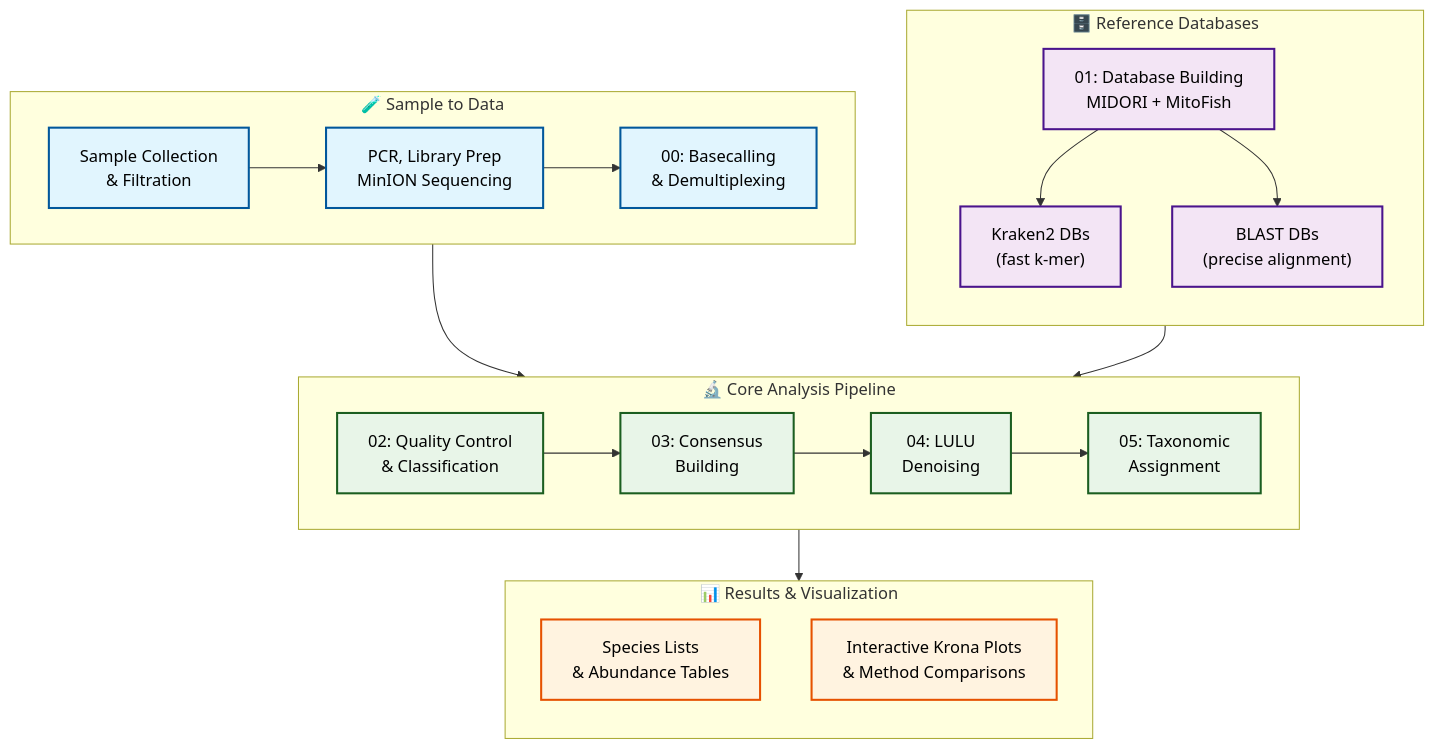
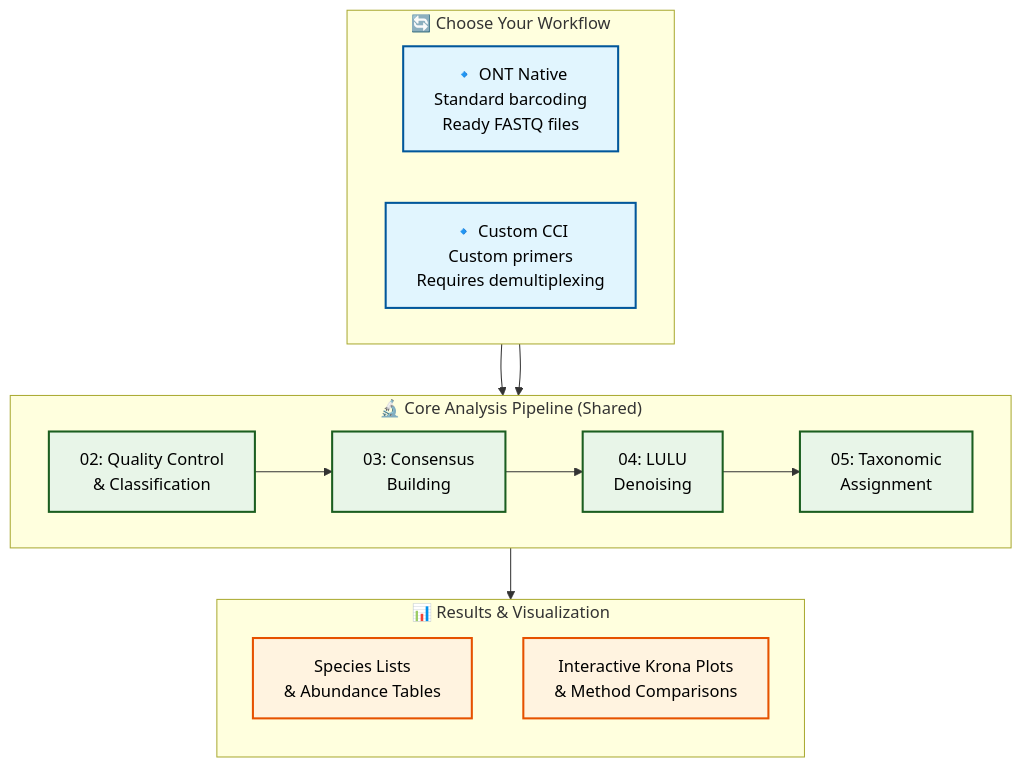
Before and after one commit to piedna/DeCodeDNA: the diagram in README.md, drawn with Mermaid. The commit also changed other lines of this file and 26 other files, not shown here.

````diff
--- a/README.md
+++ b/README.md
@@ -25,55 +128,41 @@
 ```mermaid
 flowchart TB
   %% Define styling for different stages
-  classDef wetlab fill:#e1f5fe,stroke:#01579b,stroke-width:2px,color:#000
-  classDef database fill:#f3e5f5,stroke:#4a148c,stroke-width:2px,color:#000
+  classDef workflow fill:#e1f5fe,stroke:#01579b,stroke-width:2px,color:#000
   classDef analysis fill:#e8f5e8,stroke:#1b5e20,stroke-width:2px,color:#000
   classDef results fill:#fff3e0,stroke:#e65100,stroke-width:2px,color:#000
 
-  %% Wet lab processing
-  subgraph wetlab ["🧪 Sample to Data"]
+  %% Two workflows
+  subgraph workflows ["🔄 Choose Your Workflow"]
     direction LR
-    A["Sample Collection<br/>& Filtration"] 
-    B["PCR, Library Prep<br/>MinION Sequencing"]
-    C["00: Basecalling<br/>& Demultiplexing"]
-    A --> B --> C
+    A["🔹 ONT Native<br/>Standard barcoding<br/>Ready FASTQ files"]
+    B["🔹 Custom CCI<br/>Custom primers<br/>Requires demultiplexing"]
   end
 
-  %% Database preparation
-  subgraph database ["🗄️ Reference Databases"]
-    direction TB
-    D["01: Database Building<br/>MIDORI + MitoFish"]
-    D1["Kraken2 DBs<br/>(fast k-mer)"]
-    D2["BLAST DBs<br/>(precise alignment)"]
-    D --> D1
-    D --> D2
-  end
-
-  %% Core analysis pipeline
-  subgraph analysis ["🔬 Core Analysis Pipeline"]
+  %% Core analysis pipeline (shared)
+  subgraph analysis ["🔬 Core Analysis Pipeline (Shared)"]
     direction LR
     E["02: Quality Control<br/>& Classification"]
     F["03: Consensus<br/>Building"]
     G["04: LULU<br/>Denoising"]
     H["05: Taxonomic<br/>Assignment"]
     E --> F --> G --> H
   end
 
-  %% Final outputs
+  %% Results
   subgraph results ["📊 Results & Visualization"]
     direction TB
     I["Species Lists<br/>& Abundance Tables"]
     J["Interactive Krona Plots<br/>& Method Comparisons"]
   end
 
-  %% Connect workflow stages
-  wetlab --> analysis
-  database --> analysis
+  %% Connect workflows
+  A --> analysis
+  B --> analysis
   analysis --> results
 
   %% Apply styling
-  class A,B,C wetlab
-  class D,D1,D2 database
+  class A,B workflow
   class E,F,G,H analysis
   class I,J results
 ```
````
